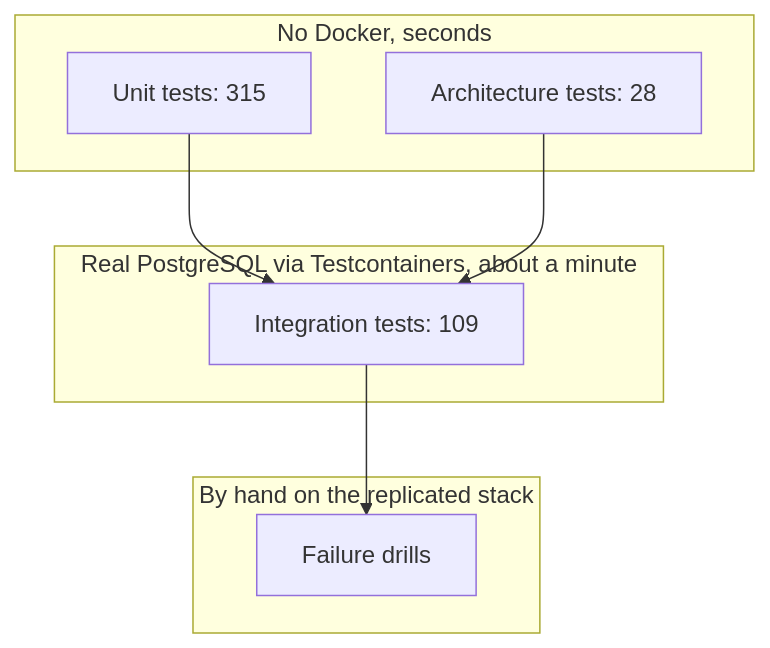
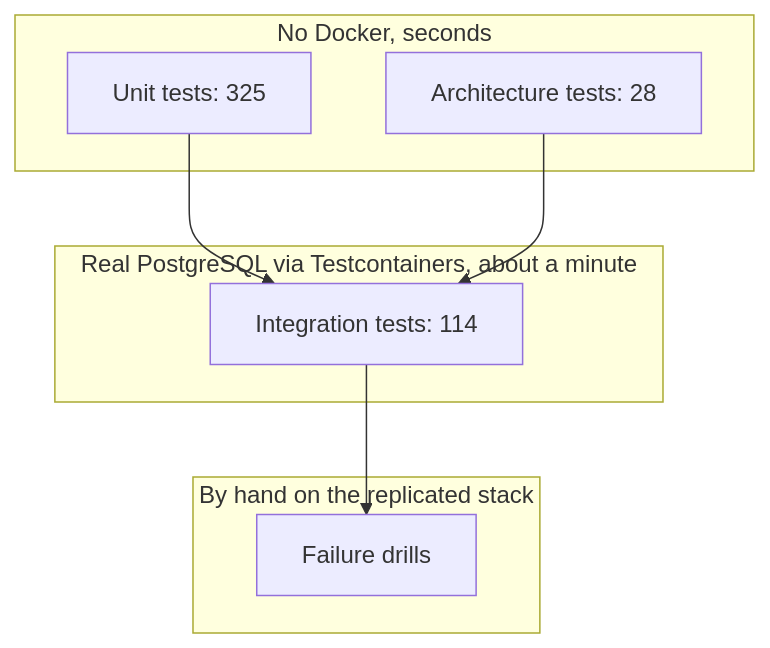
Before and after one commit to maysamgamini/crowdfundinghub: the diagram in tests/README.md, drawn with Mermaid. The commit also changed 2 other files, not shown here.

Commit message:
docs: update test counts and list the new teaching tests

````diff
--- a/tests/README.md
+++ b/tests/README.md
@@ -8,16 +8,16 @@
 ```mermaid
 flowchart TB
     subgraph Fast["No Docker, seconds"]
-        U["Unit tests: 315"]
+        U["Unit tests: 325"]
         A["Architecture tests: 28"]
     end
     subgraph Real["Real PostgreSQL via Testcontainers, about a minute"]
-        I["Integration tests: 109"]
+        I["Integration tests: 114"]
     end
     subgraph Hand["By hand on the replicated stack"]
         D["Failure drills"]
     end
     U --> I
     A --> I
     I --> D
 ```
````
